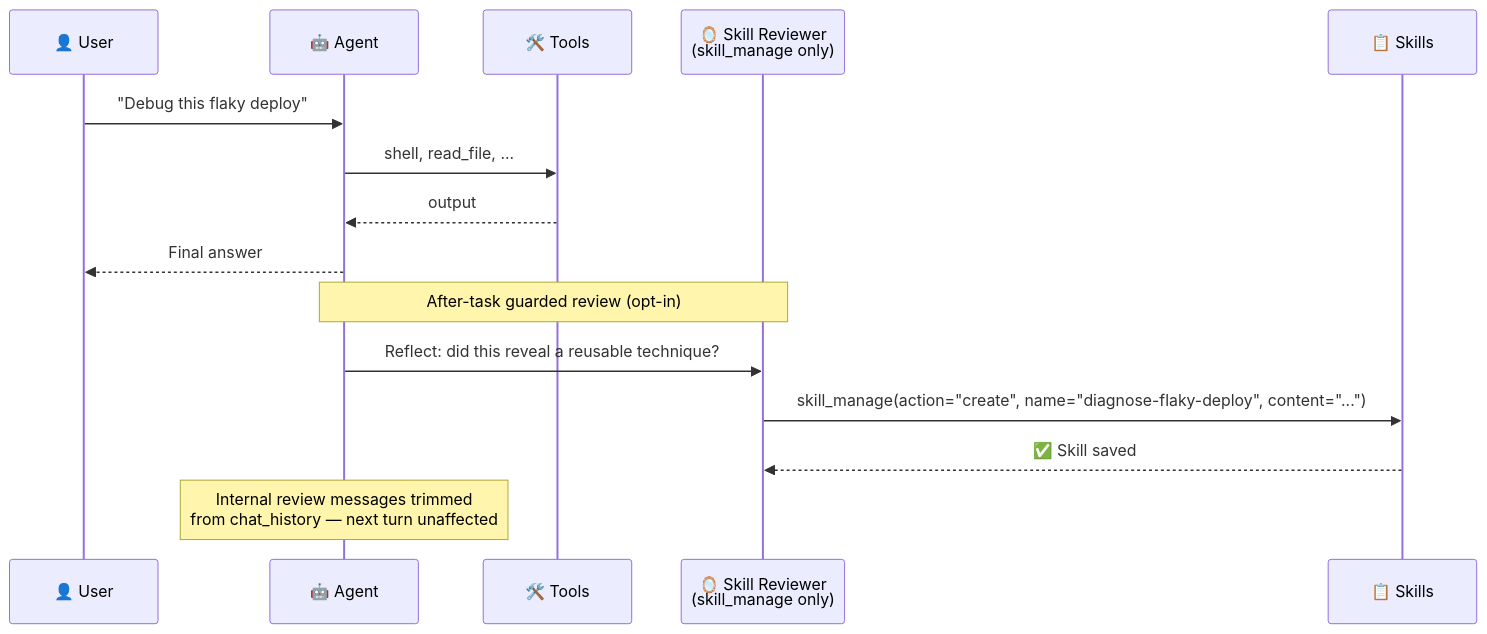
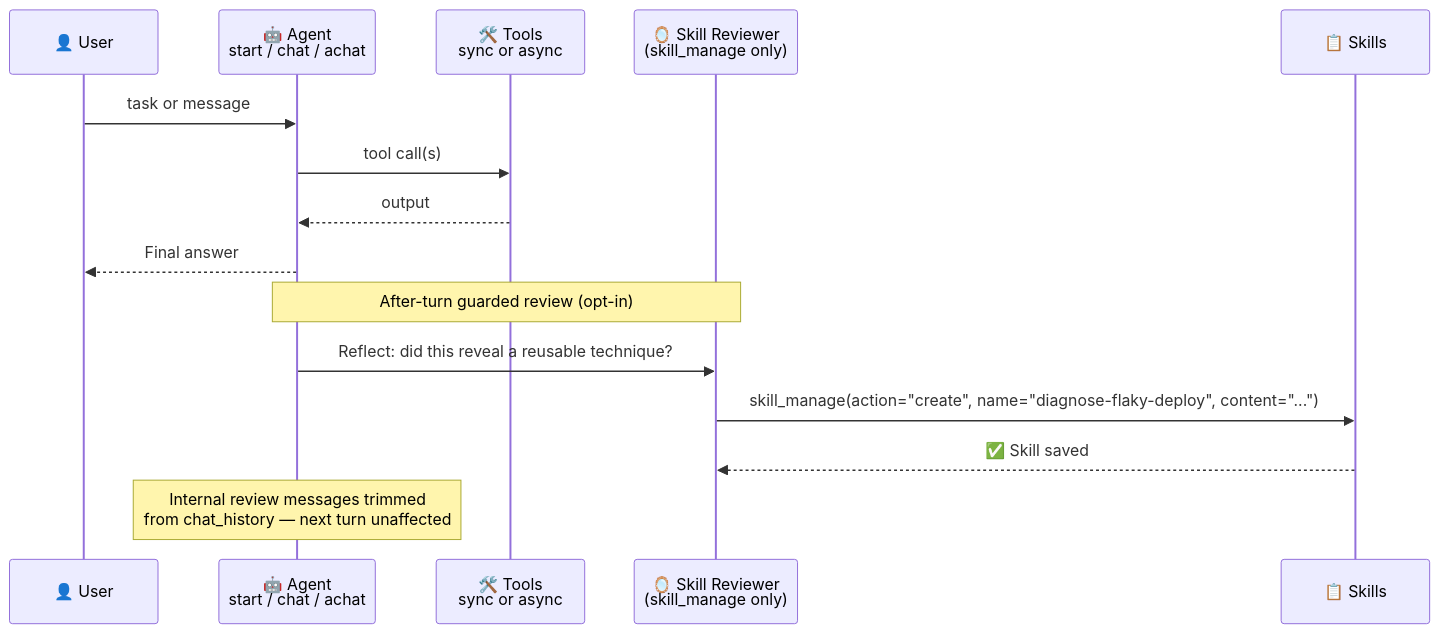
The second of 5 diagrams in docs/features/self-improve.mdx (MervinPraison/PraisonAIDocs), drawn with Mermaid before and after one commit. The commit also changed other lines of this file, not shown here.

First line of the commit message:
docs(self-improve): document chat/achat/async invocation paths trigger review (fixes #2030)

````diff
--- a/docs/features/self-improve.mdx
+++ b/docs/features/self-improve.mdx
@@ -139,18 +174,18 @@
 ```mermaid
 sequenceDiagram
     participant U as 👤 User
-    participant A as 🤖 Agent
-    participant T as 🛠️ Tools
+    participant A as 🤖 Agent<br/>start / chat / achat
+    participant T as 🛠️ Tools<br/>sync or async
     participant R as 🪞 Skill Reviewer<br/>(skill_manage only)
     participant S as 📋 Skills
 
-    U->>A: "Debug this flaky deploy"
-    A->>T: shell, read_file, ...
+    U->>A: task or message
+    A->>T: tool call(s)
     T-->>A: output
     A-->>U: Final answer
-    Note over A,R: After-task guarded review (opt-in)
+    Note over A,R: After-turn guarded review (opt-in)
     A->>R: Reflect: did this reveal a reusable technique?
     R->>S: skill_manage(action="create", name="diagnose-flaky-deploy", content="...")
     S-->>R: ✅ Skill saved
     Note over A: Internal review messages trimmed<br/>from chat_history — next turn unaffected
 ```
````
